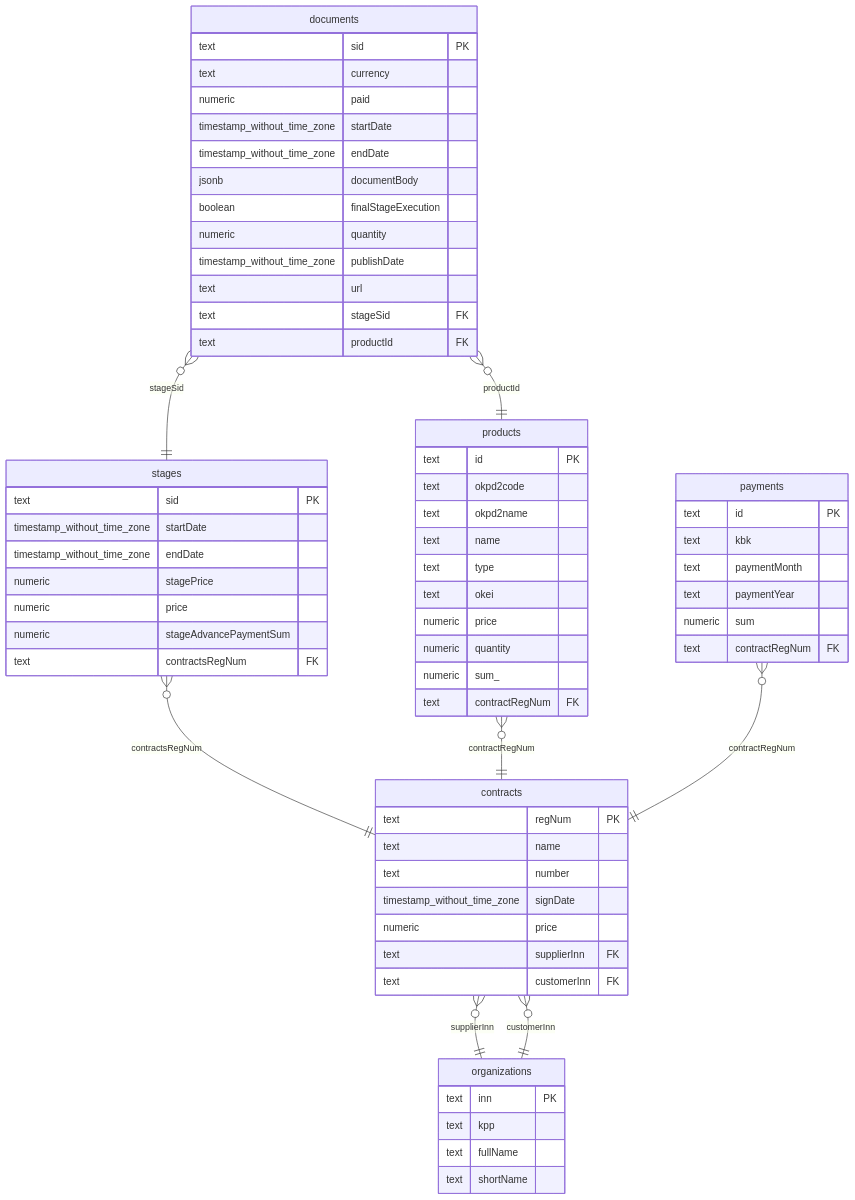
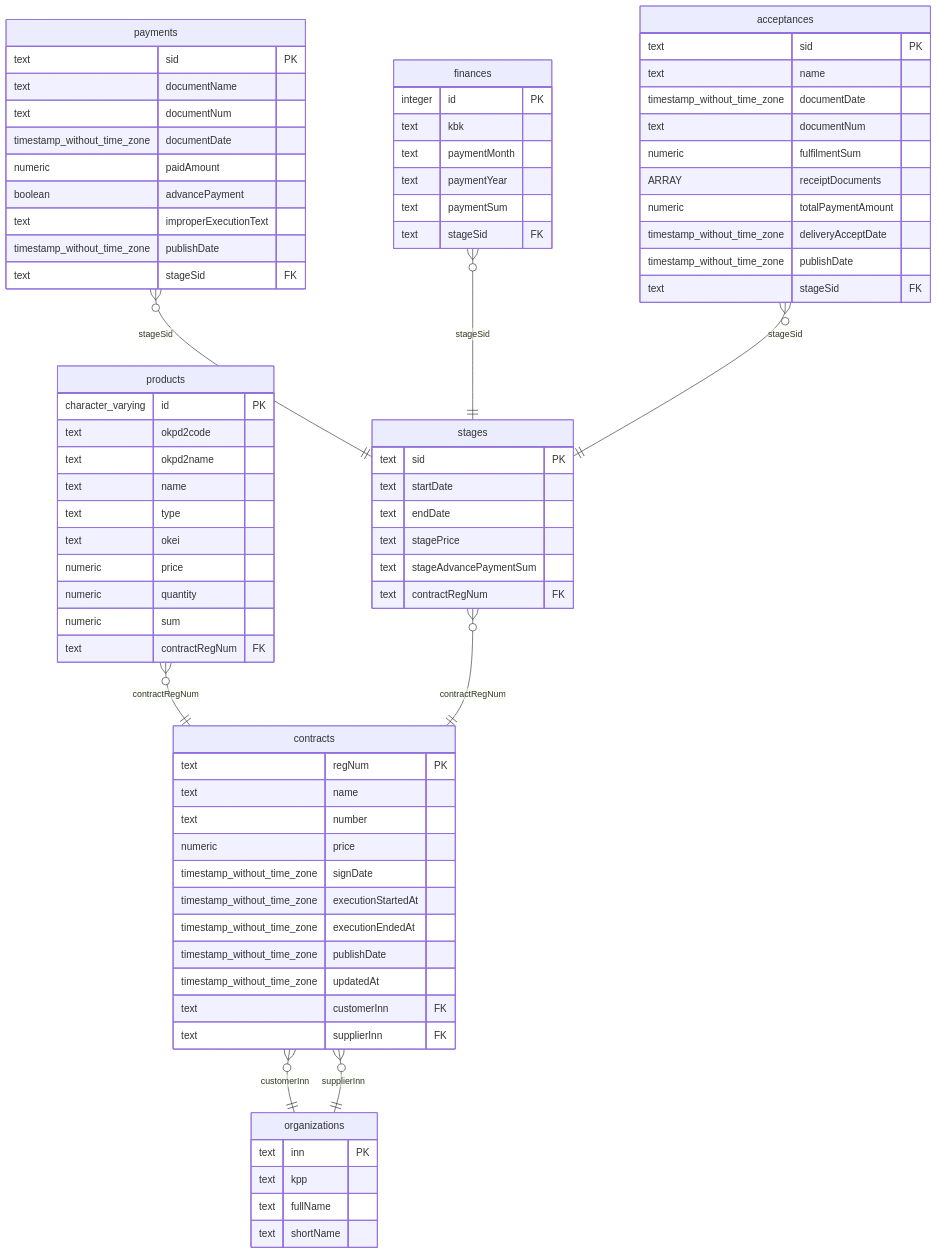
The diagram in README.md (a-badalyan/zakupki-gov), drawn with Mermaid before and after one commit.

Commit message:
fix: db diagram

````diff
--- a/README.md
+++ b/README.md
@@ -1,5 +1,32 @@
 ```mermaid
 erDiagram
+    contracts {
+        text regNum PK
+        text name
+        text number
+        numeric price
+        timestamp_without_time_zone signDate
+        timestamp_without_time_zone executionStartedAt
+        timestamp_without_time_zone executionEndedAt
+        timestamp_without_time_zone publishDate
+        timestamp_without_time_zone updatedAt
+        text customerInn FK
+        text supplierInn FK
+    }
+
+    products {
+        character_varying id PK
+        text okpd2code
+        text okpd2name
+        text name
+        text type
+        text okei
+        numeric price
+        numeric quantity
+        numeric sum
+        text contractRegNum FK
+    }
+
     organizations {
         text inn PK
         text kpp
@@ -7,68 +34,54 @@
         text shortName
     }
 
-    contracts {
-        text regNum PK
-        text name
-        text number
-        timestamp_without_time_zone signDate
-        numeric price
-        text supplierInn FK
-        text customerInn FK
-    }
-
     stages {
         text sid PK
-        timestamp_without_time_zone startDate
-        timestamp_without_time_zone endDate
-        numeric stagePrice
-        numeric price
-        numeric stageAdvancePaymentSum
-        text contractsRegNum FK
-    }
-
-    products {
-        text id PK
-        text okpd2code
-        text okpd2name
-        text name
-        text type
-        text okei
-        numeric price
-        numeric quantity
-        numeric sum_
+        text startDate
+        text endDate
+        text stagePrice
+        text stageAdvancePaymentSum
         text contractRegNum FK
     }
 
-    documents {
+    payments {
         text sid PK
-        text currency
-        numeric paid
-        timestamp_without_time_zone startDate
-        timestamp_without_time_zone endDate
-        jsonb documentBody
-        boolean finalStageExecution
-        numeric quantity
+        text documentName
+        text documentNum
+        timestamp_without_time_zone documentDate
+        numeric paidAmount
+        boolean advancePayment
+        text improperExecutionText
         timestamp_without_time_zone publishDate
-        text url
         text stageSid FK
-        text productId FK
     }
 
-    payments {
-        text id PK
+    finances {
+        integer id PK
         text kbk
         text paymentMonth
         text paymentYear
-        numeric sum
-        text contractRegNum FK
+        text paymentSum
+        text stageSid FK
     }
 
+    acceptances {
+        text sid PK
+        text name
+        timestamp_without_time_zone documentDate
+        text documentNum
+        numeric fulfilmentSum
+        ARRAY receiptDocuments
+        numeric totalPaymentAmount
+        timestamp_without_time_zone deliveryAcceptDate
+        timestamp_without_time_zone publishDate
+        text stageSid FK
+    }
+
+    products }o--|| contracts : "contractRegNum"
+    contracts }o--|| organizations : "customerInn"
     contracts }o--|| organizations : "supplierInn"
-    contracts }o--|| organizations : "customerInn"
-    stages }o--|| contracts : "contractsRegNum"
-    products }o--|| contracts : "contractRegNum"
-    payments }o--|| contracts : "contractRegNum"
-    documents }o--|| stages : "stageSid"
-    documents }o--|| products : "productId"
+    stages }o--|| contracts : "contractRegNum"
+    payments }o--|| stages : "stageSid"
+    finances }o--|| stages : "stageSid"
+    acceptances }o--|| stages : "stageSid"
 ```
````
